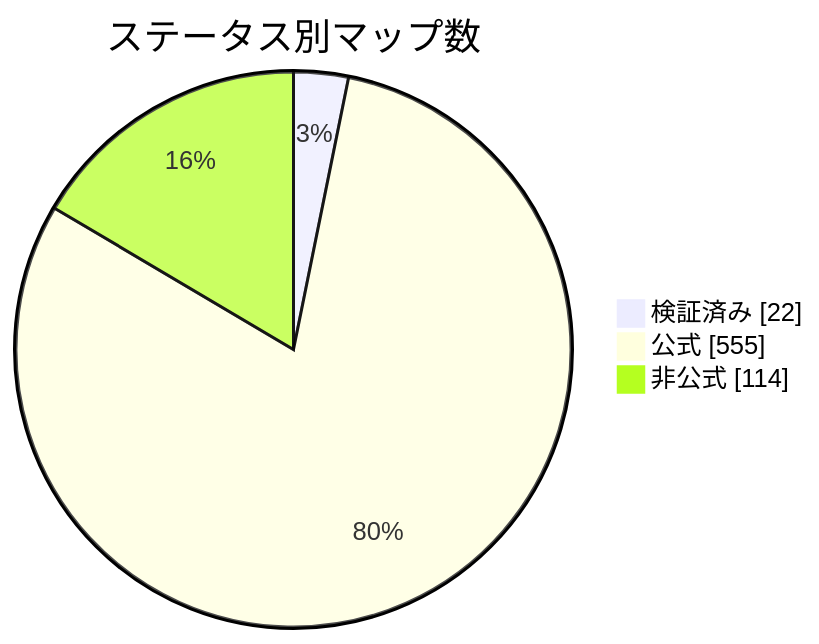
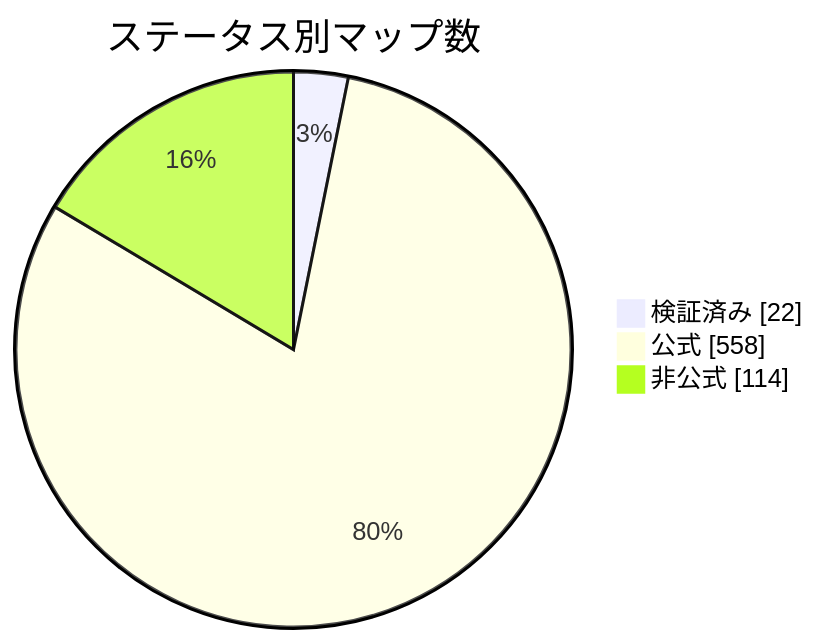
The diagram in docs/readme/README_JP.md (nobrega8/mbmap-library), drawn with Mermaid before and after one commit. The commit also changed 8 other files, not shown here.

````diff
--- a/docs/readme/README_JP.md
+++ b/docs/readme/README_JP.md
@@ -54,7 +54,7 @@
 ```mermaid
 pie showData
     title ステータス別マップ数
     "検証済み" : 22
-    "公式" : 555
+    "公式" : 558
     "非公式" : 114
 ```
````
